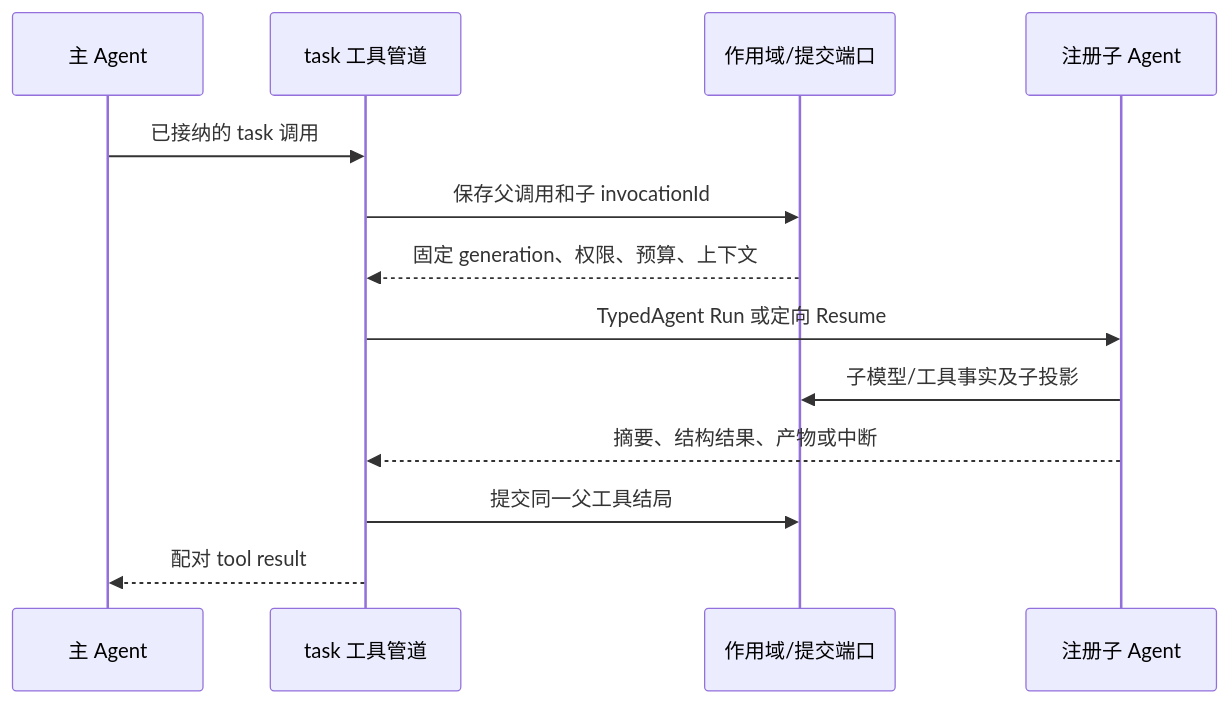
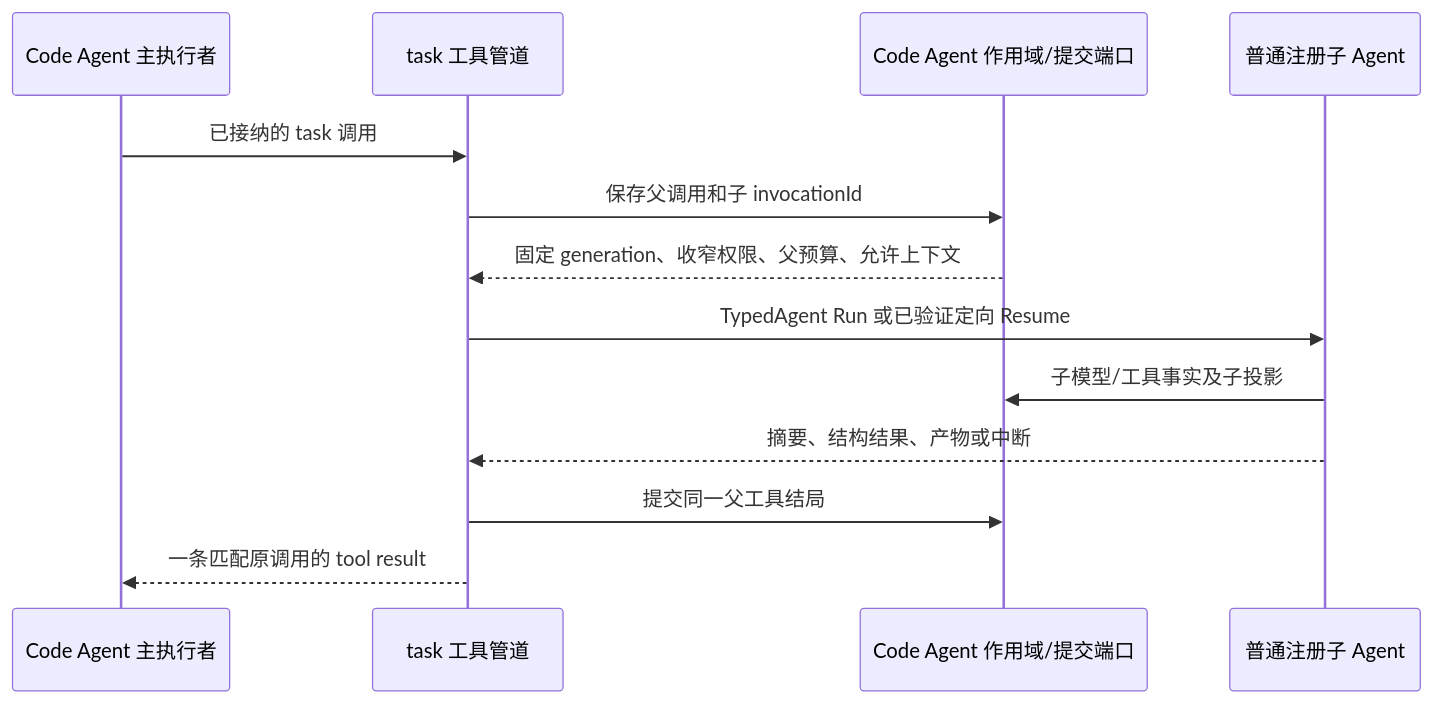
One commit to ww1489/seasprak changed the second of 4 diagrams in docs/pi-eino-dev-plan/10-extensions-and-workflows.md. Above: the diagram before and after it, drawn with Mermaid. The commit also changed other lines of this file and 904 other files, not shown here.

````diff
--- a/docs/pi-eino-dev-plan/10-extensions-and-workflows.md
+++ b/docs/pi-eino-dev-plan/10-extensions-and-workflows.md
@@ -85,15 +131,15 @@
 ```mermaid
 sequenceDiagram
-    participant P as 主 Agent
+    participant P as Code Agent 主执行者
     participant T as task 工具管道
-    participant S as 作用域/提交端口
-    participant A as 注册子 Agent
+    participant S as Code Agent 作用域/提交端口
+    participant A as 普通注册子 Agent
     P->>T: 已接纳的 task 调用
     T->>S: 保存父调用和子 invocationId
-    S-->>T: 固定 generation、权限、预算、上下文
-    T->>A: TypedAgent Run 或定向 Resume
+    S-->>T: 固定 generation、收窄权限、父预算、允许上下文
+    T->>A: TypedAgent Run 或已验证定向 Resume
     A->>S: 子模型/工具事实及子投影
     A-->>T: 摘要、结构结果、产物或中断
     T->>S: 提交同一父工具结局
-    T-->>P: 配对 tool result
+    T-->>P: 一条匹配原调用的 tool result
 ```
````
